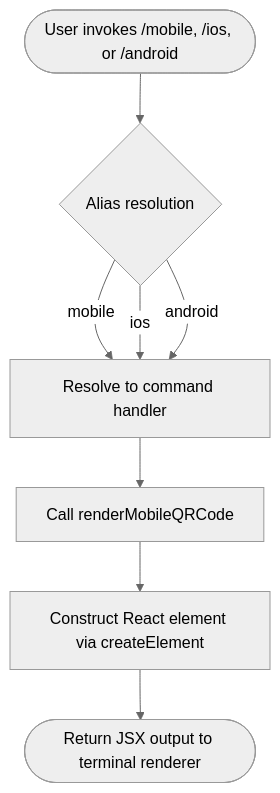
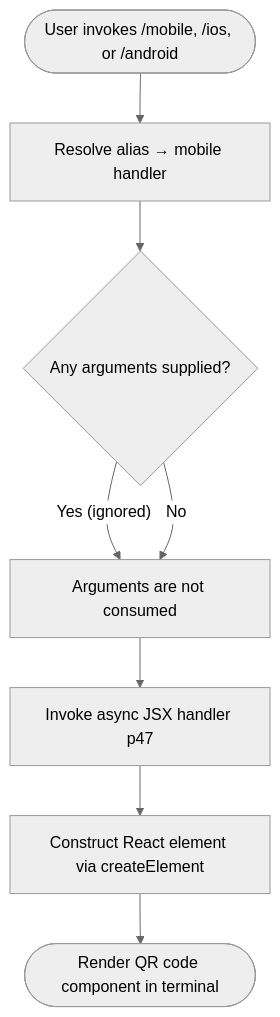
The diagram in versions/v2.1.133/mobile.md (MyLittleLuckyDog/cc-gnothi), drawn with Mermaid (neutral theme) before and after one commit. The commit also changed other lines of this file and 95 other files, not shown here.

````diff
--- a/versions/v2.1.133/mobile.md
+++ b/versions/v2.1.133/mobile.md
@@ -46,10 +59,10 @@
 ```mermaid
 flowchart TD
-    A([User invokes /mobile, /ios, or /android]) --> B{Alias resolution}
-    B -->|mobile| C[Resolve to command handler]
-    B -->|ios| C
-    B -->|android| C
-    C --> D[Call renderMobileQRCode]
-    D --> E[Construct React element via createElement]
-    E --> F([Return JSX output to terminal renderer])
+    A([User invokes /mobile, /ios, or /android]) --> B[Resolve alias → mobile handler]
+    B --> C{Any arguments supplied?}
+    C -- "Yes (ignored)" --> D[Arguments are not consumed]
+    C -- "No" --> D
+    D --> E[Invoke async JSX handler p47]
+    E --> F[Construct React element via createElement]
+    F --> G([Render QR code component in terminal])
 ```
````
